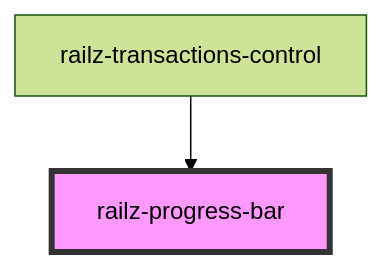
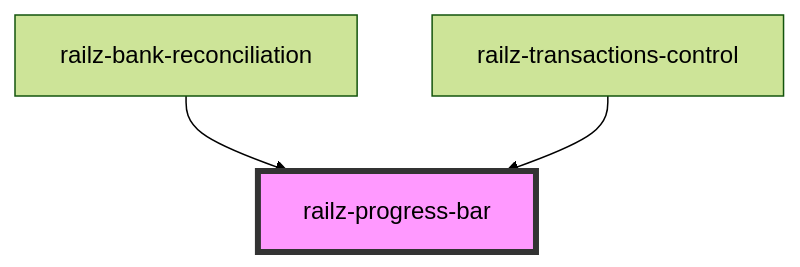
One commit to railz-ai/railz-visualizations changed the diagram in packages/components/src/elements/progress-bar/readme.md. Above: the diagram before and after it, drawn with Mermaid (forest theme). The commit also changed other lines of this file and 16 other files, not shown here.

Commit message:
feat: added bank reconciliation

````diff
--- a/packages/components/src/elements/progress-bar/readme.md
+++ b/packages/components/src/elements/progress-bar/readme.md
@@ -23,5 +24,6 @@
 ```mermaid
 graph TD;
+  railz-bank-reconciliation --> railz-progress-bar
   railz-transactions-control --> railz-progress-bar
   style railz-progress-bar fill:#f9f,stroke:#333,stroke-width:4px
 ```
````
